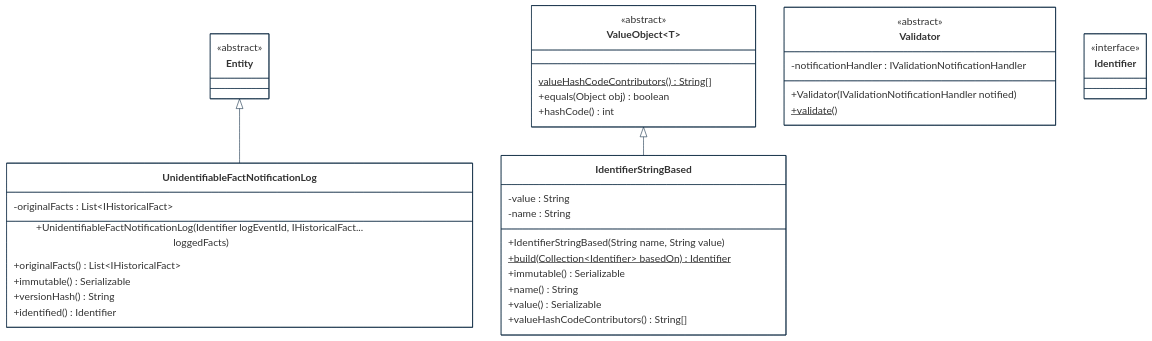
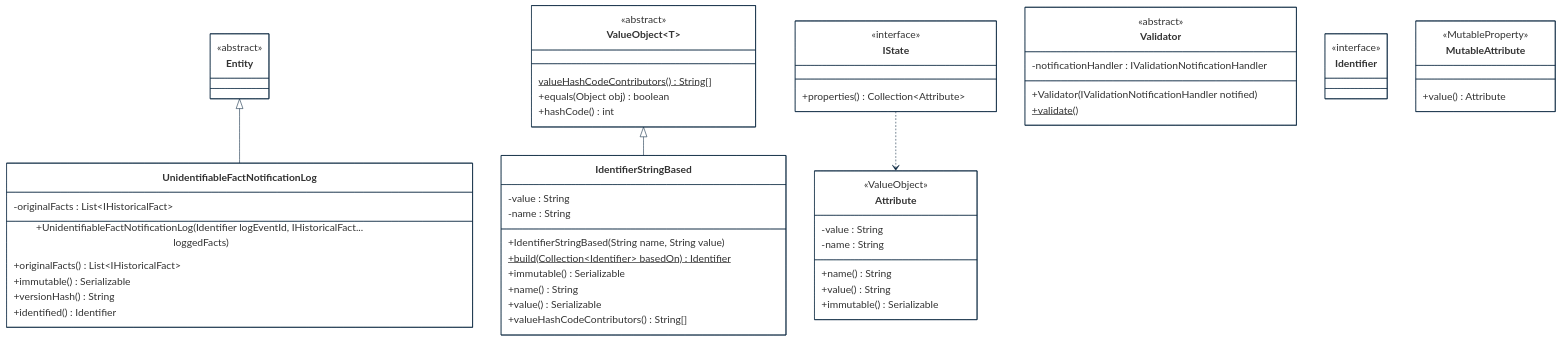
One commit to cybnity/foundation changed the third of 3 diagrams in implementations-line/framework/domain/designview-structure-models.md. Above: the diagram before and after it, drawn with Mermaid. The commit also changed other lines of this file and 31 other files, not shown here.

````diff
--- a/implementations-line/framework/domain/designview-structure-models.md
+++ b/implementations-line/framework/domain/designview-structure-models.md
@@ -182,60 +184,77 @@
 ```mermaid
 %%{
   init: {
     'theme': 'base',
     'themeVariables': {
         'background': '#ffffff',
         'fontFamily': 'arial',
         'fontSize': '18px',
         'primaryColor': '#fff',
         'primaryBorderColor': '#0e2a43',
         'secondaryBorderColor': '#0e2a43',
         'tertiaryBorderColor': '#0e2a43',
         'edgeLabelBackground':'#0e2a43',
         'lineColor': '#0e2a43',
         'tertiaryColor': '#fff'
     }
   }
 }%%
 classDiagram
     Entity <|-- UnidentifiableFactNotificationLog
     ValueObject~T~ <|-- IdentifierStringBased
+	IState ..> Attribute
 
     class UnidentifiableFactNotificationLog {
         -originalFacts : List~IHistoricalFact~
         +UnidentifiableFactNotificationLog(Identifier logEventId, IHistoricalFact... loggedFacts)
         +originalFacts() List~IHistoricalFact~
         +immutable() Serializable
         +versionHash() String
         +identified() Identifier
     }
     class Entity {
         <<abstract>>
     }
     class Validator {
         <<abstract>>
         -notificationHandler : IValidationNotificationHandler
         +Validator(IValidationNotificationHandler notified)
         +validate()$
     }
     class Identifier {
         <<interface>>
     }
     class IdentifierStringBased {
         -value : String
         -name : String
         +IdentifierStringBased(String name, String value)
         +build(Collection~Identifier~ basedOn)$ Identifier
         +immutable() Serializable
         +name() String
         +value() Serializable
         +valueHashCodeContributors() String[]
     }
     class ValueObject~T~ {
         <<abstract>>
         valueHashCodeContributors()$ String[]
         +equals(Object obj) boolean
         +hashCode() int
     }
+	class Attribute {
+		<<ValueObject>>
+		-value : String
+		-name : String
+		+name() String
+		+value() String
+		+immutable() Serializable
+	}
+	class IState {
+		<<interface>>
+		+properties() Collection~Attribute~
+	}
+	class MutableAttribute {
+        <<MutableProperty>>
+        +value() Attribute
+	}
 
 ```
````
